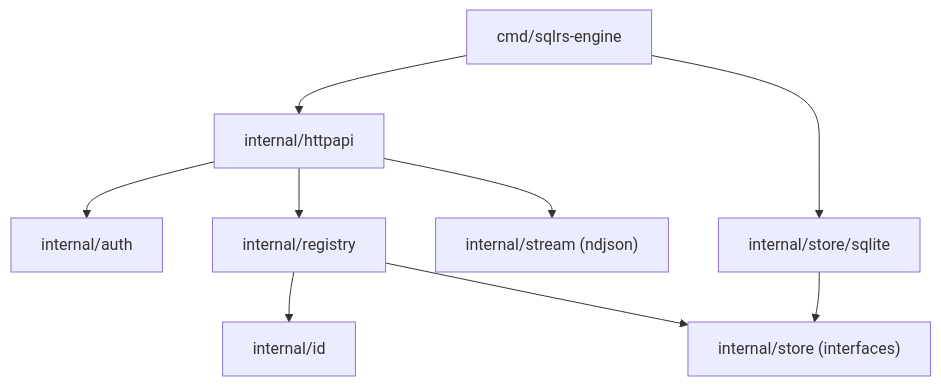
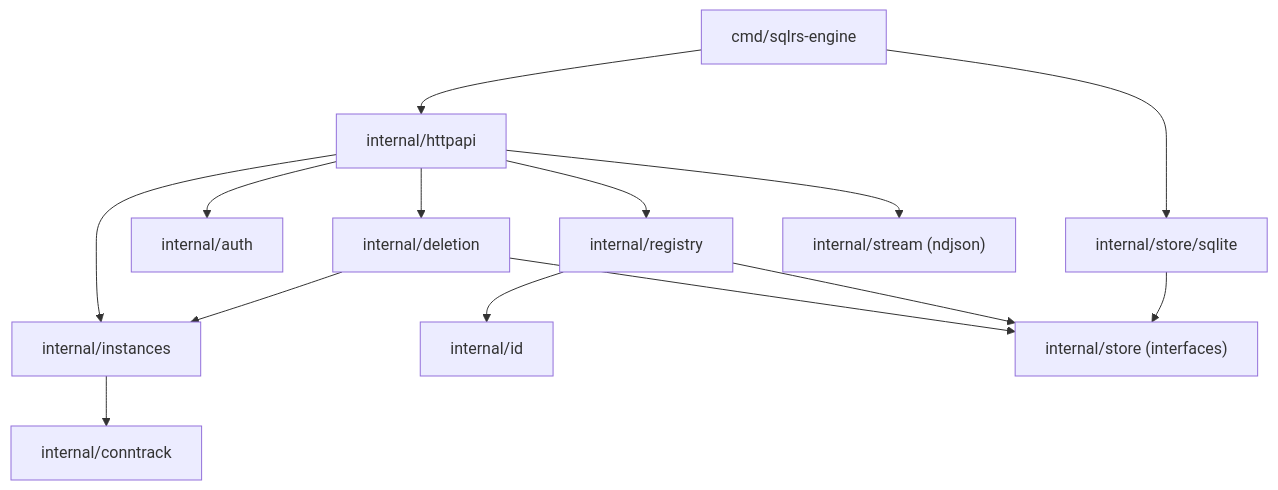
Before and after one commit to kimak-irmagi/taidon: the diagram in docs/architecture/local-engine-component-structure.RU.md, drawn with Mermaid. The commit also changed other lines of this file and 17 other files, not shown here.

````diff
--- a/docs/architecture/local-engine-component-structure.RU.md
+++ b/docs/architecture/local-engine-component-structure.RU.md
@@ -46,20 +54,28 @@
 ```mermaid
 flowchart TD
   CMD["cmd/sqlrs-engine"]
   HTTP["internal/httpapi"]
+  DEL["internal/deletion"]
+  INST["internal/instances"]
+  CONN["internal/conntrack"]
   AUTH["internal/auth"]
   REG["internal/registry"]
   ID["internal/id"]
   STORE["internal/store (interfaces)"]
   SQLITE["internal/store/sqlite"]
   STREAM["internal/stream (ndjson)"]
 
   CMD --> HTTP
   CMD --> SQLITE
   HTTP --> AUTH
+  HTTP --> DEL
+  HTTP --> INST
   HTTP --> REG
   HTTP --> STREAM
+  DEL --> INST
+  DEL --> STORE
+  INST --> CONN
   REG --> ID
   REG --> STORE
   SQLITE --> STORE
 ```
````
